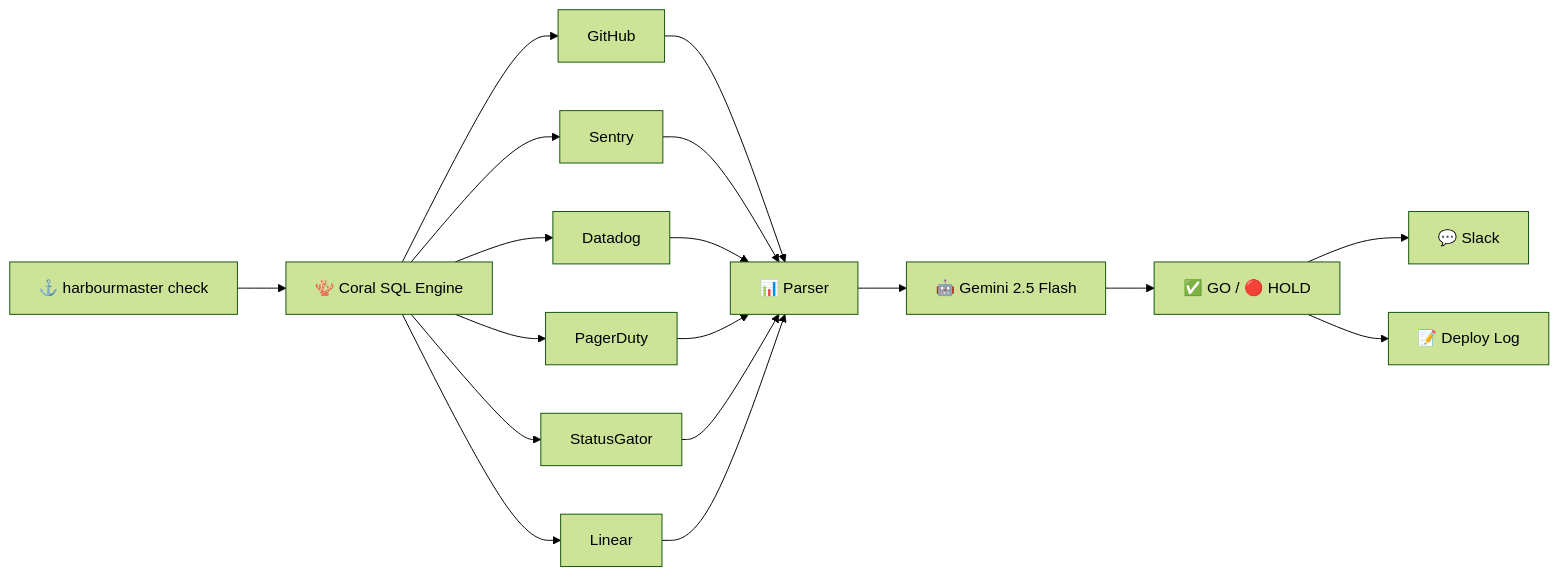
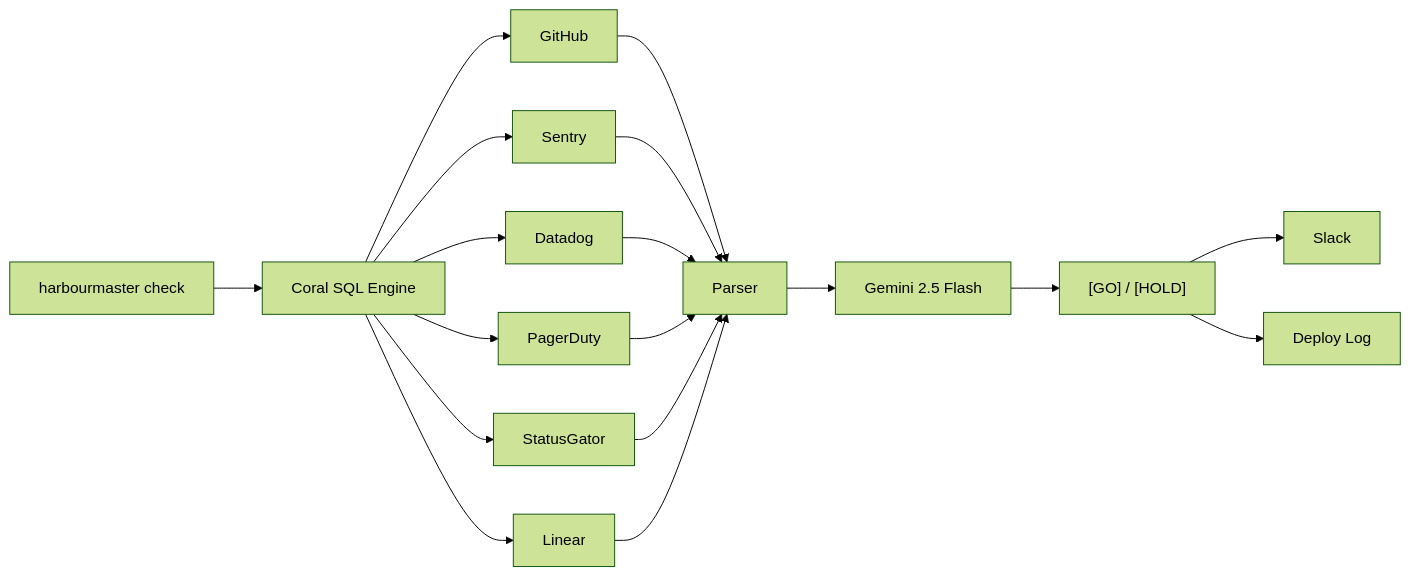
The diagram in README.md (jinishgupta/Harbourmaster), drawn with Mermaid (forest theme) before and after one commit. The commit also changed other lines of this file and 6 other files, not shown here.

````diff
--- a/README.md
+++ b/README.md
@@ -35,15 +35,15 @@
 ```mermaid
 graph LR
-    A["⚓ harbourmaster check"] --> B["🪸 Coral SQL Engine"]
+    A["harbourmaster check"] --> B["Coral SQL Engine"]
     B --> C["GitHub"]
     B --> D["Sentry"]
     B --> E["Datadog"]
     B --> F["PagerDuty"]
     B --> G["StatusGator"]
     B --> H["Linear"]
-    C & D & E & F & G & H --> I["📊 Parser"]
-    I --> J["🤖 Gemini 2.5 Flash"]
-    J --> K["✅ GO / 🔴 HOLD"]
-    K --> L["💬 Slack"]
-    K --> M["📝 Deploy Log"]
+    C & D & E & F & G & H --> I["Parser"]
+    I --> J["Gemini 2.5 Flash"]
+    J --> K["[GO] / [HOLD]"]
+    K --> L["Slack"]
+    K --> M["Deploy Log"]
 ```
````
